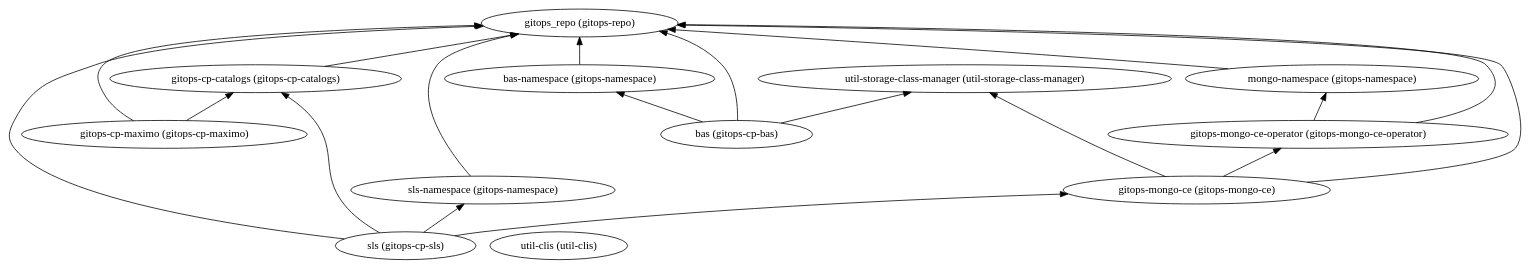
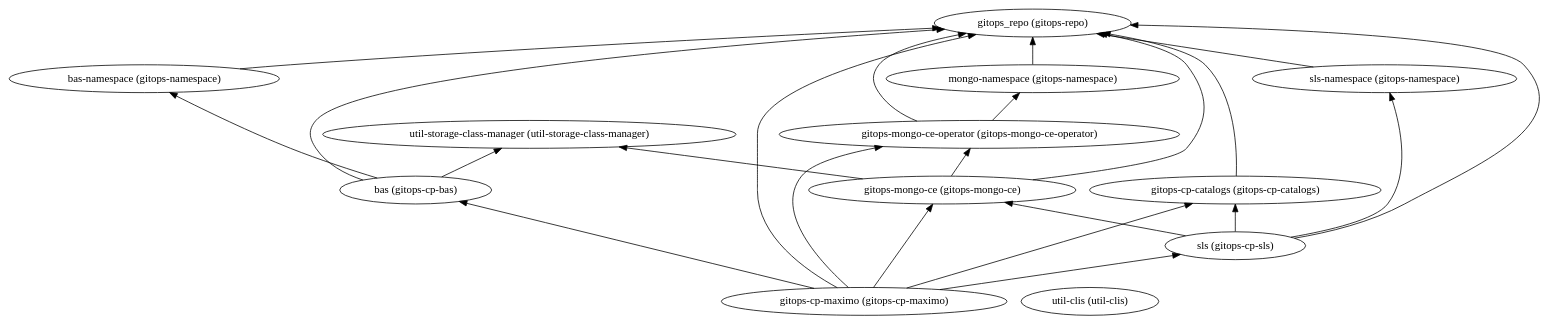
One commit to IBM/automation-maximo-app-suite changed the diagram in 400-mas-core-multicloud/dependencies.dot. Above: the diagram before and after it, drawn with Graphviz. The commit also changed 28 other files, not shown here.

```diff
--- a/400-mas-core-multicloud/dependencies.dot
+++ b/400-mas-core-multicloud/dependencies.dot
@@ -1,33 +1,37 @@
 digraph {
     rankdir="BT"
     "bas (gitops-cp-bas)" -> "gitops_repo (gitops-repo)"
 "bas (gitops-cp-bas)" -> "bas-namespace (gitops-namespace)"
 "bas (gitops-cp-bas)" -> "util-storage-class-manager (util-storage-class-manager)"
 "bas (gitops-cp-bas)"
 "gitops_repo (gitops-repo)"
 "bas-namespace (gitops-namespace)" -> "gitops_repo (gitops-repo)"
 "bas-namespace (gitops-namespace)"
 "util-storage-class-manager (util-storage-class-manager)"
 "gitops-cp-catalogs (gitops-cp-catalogs)" -> "gitops_repo (gitops-repo)"
 "gitops-cp-catalogs (gitops-cp-catalogs)"
 "gitops-cp-maximo (gitops-cp-maximo)" -> "gitops_repo (gitops-repo)"
 "gitops-cp-maximo (gitops-cp-maximo)" -> "gitops-cp-catalogs (gitops-cp-catalogs)"
+"gitops-cp-maximo (gitops-cp-maximo)" -> "gitops-mongo-ce-operator (gitops-mongo-ce-operator)"
+"gitops-cp-maximo (gitops-cp-maximo)" -> "gitops-mongo-ce (gitops-mongo-ce)"
+"gitops-cp-maximo (gitops-cp-maximo)" -> "sls (gitops-cp-sls)"
+"gitops-cp-maximo (gitops-cp-maximo)" -> "bas (gitops-cp-bas)"
 "gitops-cp-maximo (gitops-cp-maximo)"
+"gitops-mongo-ce-operator (gitops-mongo-ce-operator)" -> "gitops_repo (gitops-repo)"
+"gitops-mongo-ce-operator (gitops-mongo-ce-operator)" -> "mongo-namespace (gitops-namespace)"
+"gitops-mongo-ce-operator (gitops-mongo-ce-operator)"
+"mongo-namespace (gitops-namespace)" -> "gitops_repo (gitops-repo)"
+"mongo-namespace (gitops-namespace)"
+"gitops-mongo-ce (gitops-mongo-ce)" -> "gitops_repo (gitops-repo)"
+"gitops-mongo-ce (gitops-mongo-ce)" -> "gitops-mongo-ce-operator (gitops-mongo-ce-operator)"
+"gitops-mongo-ce (gitops-mongo-ce)" -> "util-storage-class-manager (util-storage-class-manager)"
+"gitops-mongo-ce (gitops-mongo-ce)"
 "sls (gitops-cp-sls)" -> "gitops_repo (gitops-repo)"
 "sls (gitops-cp-sls)" -> "gitops-cp-catalogs (gitops-cp-catalogs)"
 "sls (gitops-cp-sls)" -> "sls-namespace (gitops-namespace)"
 "sls (gitops-cp-sls)" -> "gitops-mongo-ce (gitops-mongo-ce)"
 "sls (gitops-cp-sls)"
 "sls-namespace (gitops-namespace)" -> "gitops_repo (gitops-repo)"
 "sls-namespace (gitops-namespace)"
-"gitops-mongo-ce (gitops-mongo-ce)" -> "gitops_repo (gitops-repo)"
-"gitops-mongo-ce (gitops-mongo-ce)" -> "gitops-mongo-ce-operator (gitops-mongo-ce-operator)"
-"gitops-mongo-ce (gitops-mongo-ce)" -> "util-storage-class-manager (util-storage-class-manager)"
-"gitops-mongo-ce (gitops-mongo-ce)"
-"gitops-mongo-ce-operator (gitops-mongo-ce-operator)" -> "gitops_repo (gitops-repo)"
-"gitops-mongo-ce-operator (gitops-mongo-ce-operator)" -> "mongo-namespace (gitops-namespace)"
-"gitops-mongo-ce-operator (gitops-mongo-ce-operator)"
-"mongo-namespace (gitops-namespace)" -> "gitops_repo (gitops-repo)"
-"mongo-namespace (gitops-namespace)"
 "util-clis (util-clis)"
   }
```
